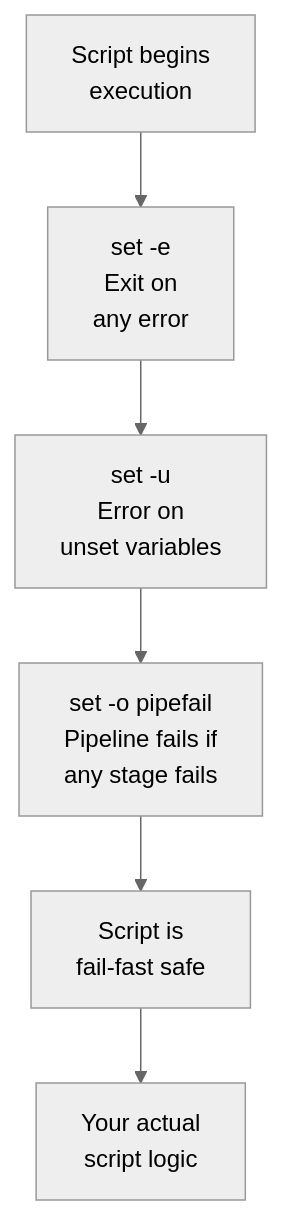
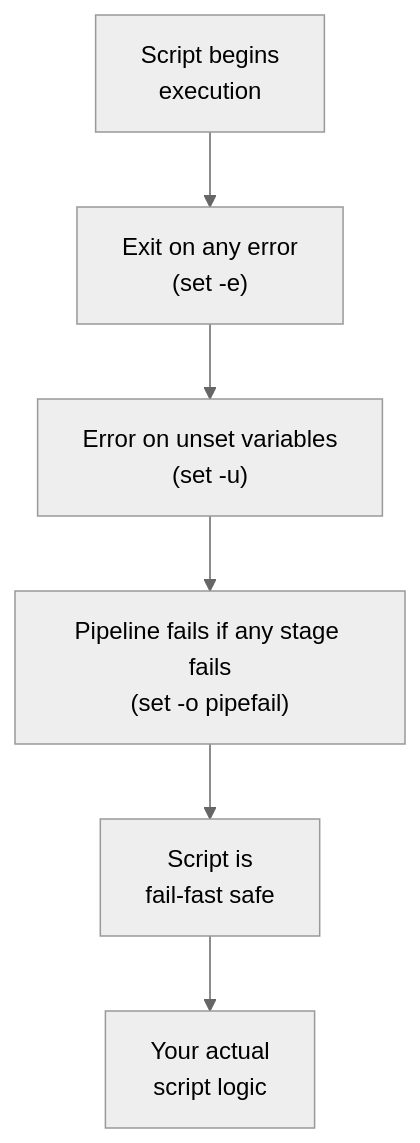
Before and after one commit to senlinyy/dev-roadmaps: the diagram in devops-foundation/linux/linux-basics/shell-scripting.md, drawn with Mermaid (neutral theme). The commit also changed 89 other files, not shown here.

````diff
--- a/devops-foundation/linux/linux-basics/shell-scripting.md
+++ b/devops-foundation/linux/linux-basics/shell-scripting.md
@@ -245,8 +245,8 @@
 ```mermaid
 graph TD
-    START["Script begins\nexecution"] --> SETE["set -e\nExit on\nany error"]
-    SETE --> SETU["set -u\nError on\nunset variables"]
-    SETU --> PIPE["set -o pipefail\nPipeline fails if\nany stage fails"]
+    START["Script begins\nexecution"] --> SETE["Exit on any error<br/>(set -e)"]
+    SETE --> SETU["Error on unset variables<br/>(set -u)"]
+    SETU --> PIPE["Pipeline fails if any stage fails<br/>(set -o pipefail)"]
     PIPE --> SAFE["Script is\nfail-fast safe"]
     SAFE --> LOGIC["Your actual\nscript logic"]
 ```
````
